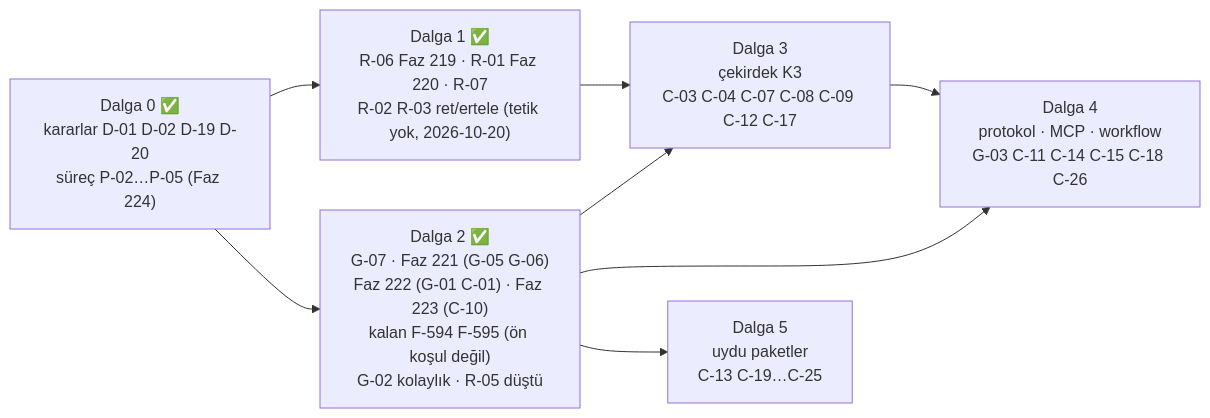
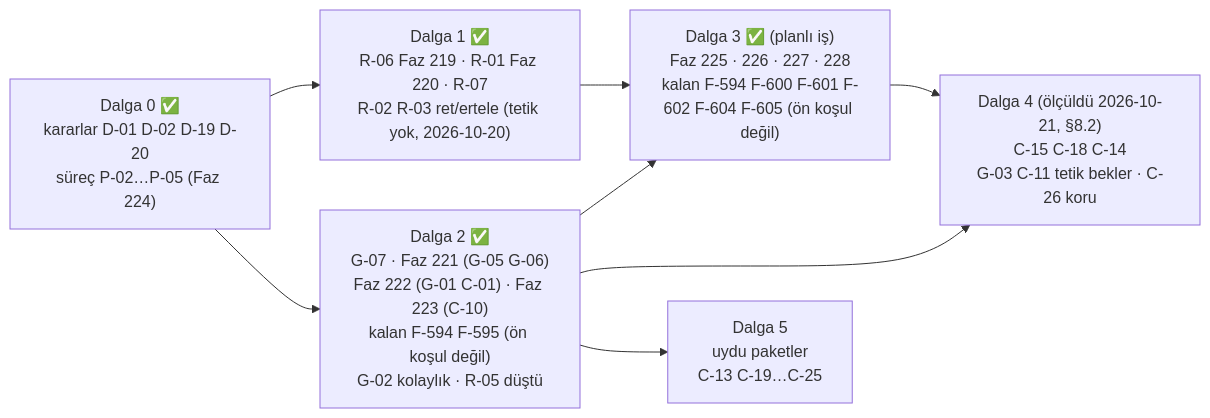
The diagram in docs/MAF-KAPSAMA.md (farukatasoy/Tracon), drawn with Mermaid before and after one commit. The commit also changed other lines of this file and 16 other files, not shown here.

````diff
--- a/docs/MAF-KAPSAMA.md
+++ b/docs/MAF-KAPSAMA.md
@@ -633,16 +640,16 @@
 ```mermaid
 flowchart LR
     D0["Dalga 0 ✅<br/>kararlar D-01 D-02 D-19 D-20<br/>süreç P-02…P-05 (Faz 224)"]
     D1["Dalga 1 ✅<br/>R-06 Faz 219 · R-01 Faz 220 · R-07<br/>R-02 R-03 ret/ertele (tetik yok, 2026-10-20)"]
     D2["Dalga 2 ✅<br/>G-07 · Faz 221 (G-05 G-06)<br/>Faz 222 (G-01 C-01) · Faz 223 (C-10)<br/>kalan F-594 F-595 (ön koşul değil)<br/>G-02 kolaylık · R-05 düştü"]
-    D3["Dalga 3<br/>çekirdek K3<br/>C-03 C-04 C-07 C-08 C-09 C-12 C-17"]
-    D4["Dalga 4<br/>protokol · MCP · workflow<br/>G-03 C-11 C-14 C-15 C-18 C-26"]
+    D3["Dalga 3 ✅ (planlı iş)<br/>Faz 225 · 226 · 227 · 228<br/>kalan F-594 F-600 F-601 F-602 F-604 F-605 (ön koşul değil)"]
+    D4["Dalga 4 (ölçüldü 2026-10-21, §8.2)<br/>C-15 C-18 C-14<br/>G-03 C-11 tetik bekler · C-26 koru"]
     D5["Dalga 5<br/>uydu paketler<br/>C-13 C-19…C-25"]
     D0 --> D1
     D0 --> D2
     D1 --> D3
     D2 --> D3
     D2 --> D4
     D3 --> D4
     D2 --> D5
 ```
````
